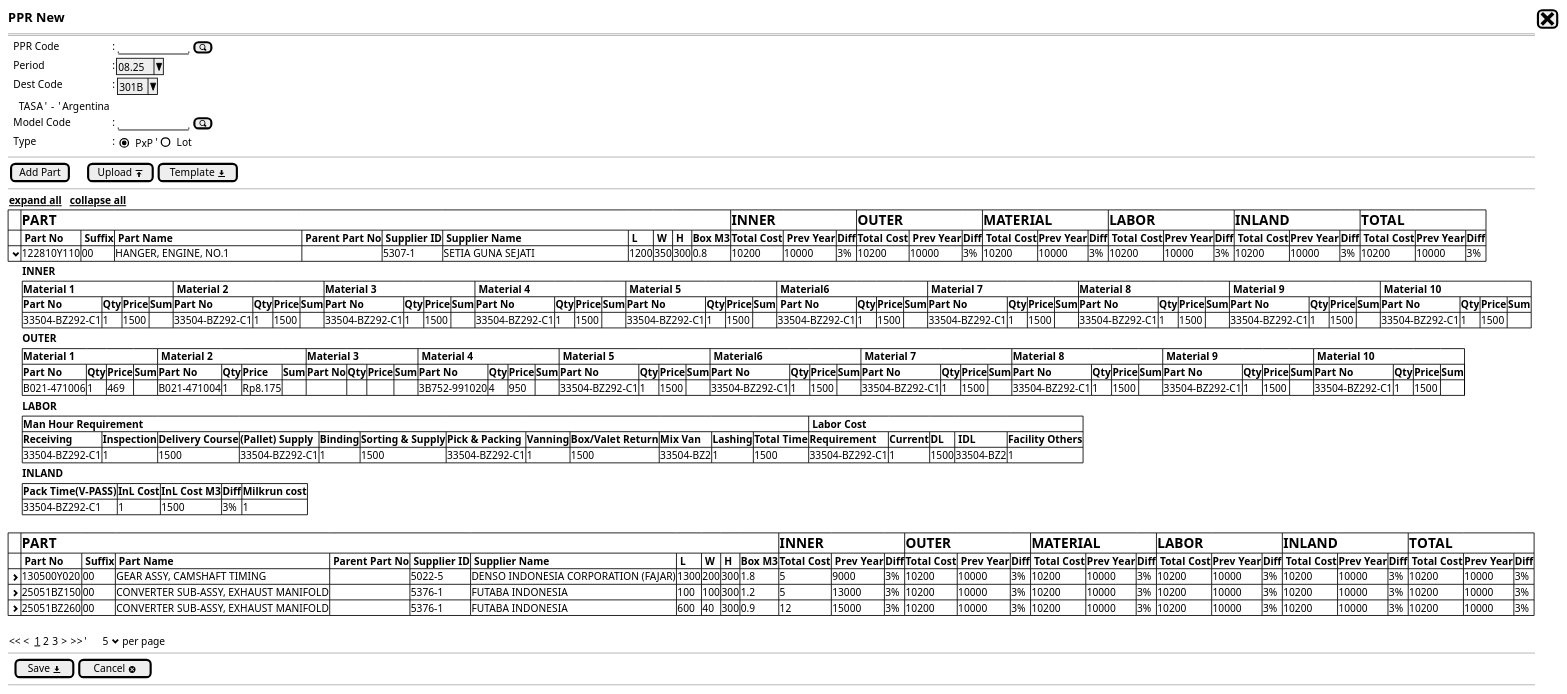
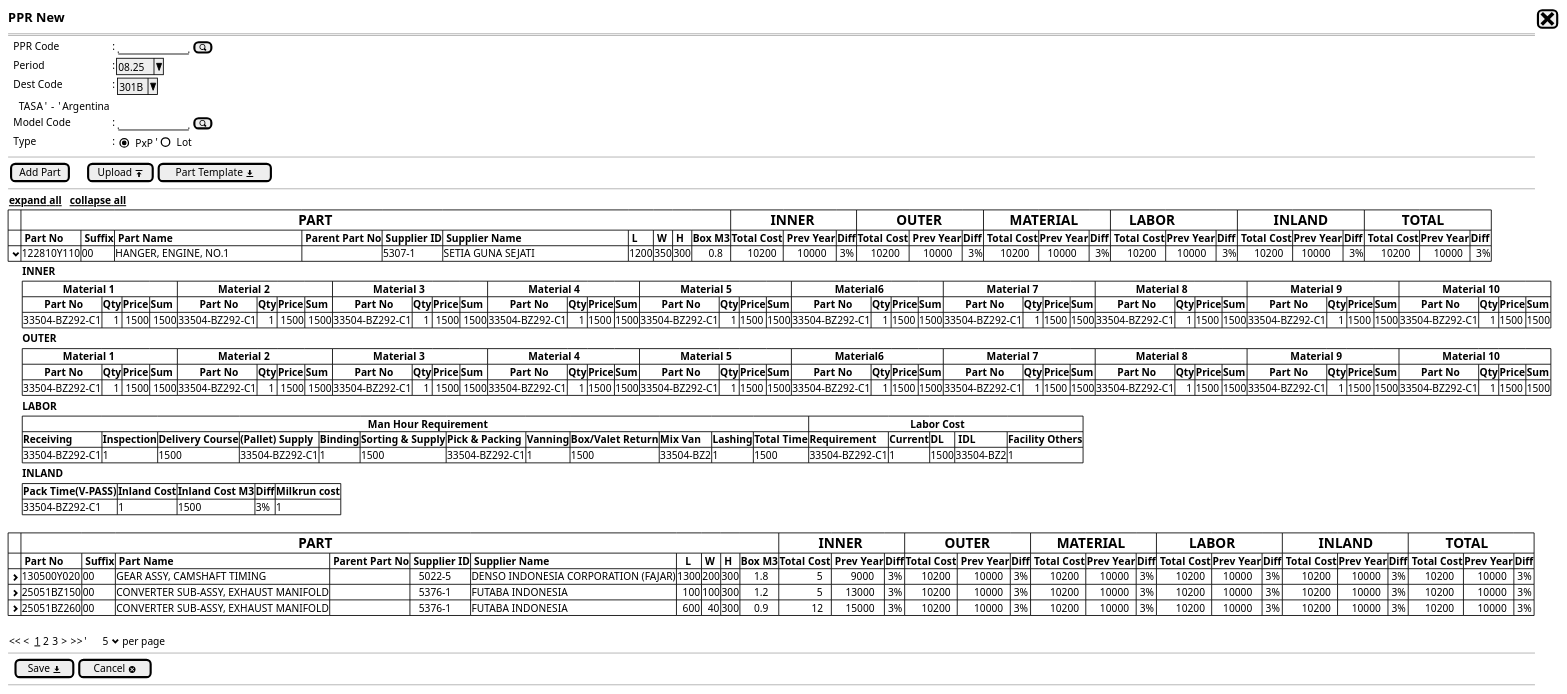
Before and after one commit to ari-fikri/packing-cost-mockup: the diagram in PPR/PPR - newstep1b.puml, drawn with PlantUML.

Commit message:
right aligning cell values for inner and outer section

```diff
--- a/PPR/PPR - newstep1b.puml
+++ b/PPR/PPR - newstep1b.puml
@@ -14,55 +14,55 @@
   }
   --
   {
-    |[Add Part] |.|.|.|[Upload <&data-transfer-upload>]| [Template <&data-transfer-download>]|* 
+    |[Add Part] |.|.|.|[Upload <&data-transfer-upload>]| [Part Template <&data-transfer-download>]|* 
   }
   --
   { <u><b>expand all   <u><b>collapse all }*
   {#
-  |. |=PART|*|*|*|*|*|*|*|*|*|=INNER |*|*|=OUTER | *|*|=MATERIAL|*|*|=LABOR|*|*|=INLAND|*|*|=TOTAL         |*|*|*
+  |. |=                                                                              PART|*|*|*|*|*|*|*|*|*                                                                                                                  |=           INNER |*|*             |=           OUTER | *|*            |=       MATERIAL|*|*                 |=     LABOR|*|*                      |=          INLAND|*|*                |=          TOTAL         |*|*|*
   |. |<b> Part No                      |<b> Suffix|<b> Part Name                                  | <b> Parent Part No |<b> Supplier ID |<b> Supplier Name                                    |<b> L |<b> W |<b> H |<b>Box M3|<b>Total Cost|<b> Prev Year|<b>Diff|<b>Total Cost|<b> Prev Year|<b>Diff|<b> Total Cost |<b>Prev Year |<b>Diff|<b> Total Cost |<b>Prev Year |<b>Diff|<b> Total Cost |<b>Prev Year |<b>Diff|<b> Total Cost |<b>Prev Year |<b>Diff|*
-  |<b> <&chevron-bottom> |122810Y110   | 00       |HANGER, ENGINE, NO.1                           |            .       |5307-1          | SETIA GUNA SEJATI                                   | 1200 | 350  | 300  | 0.8  | 10200       | 10000       | 3%| 10200       | 10000       | 3%| 10200       | 10000       | 3%| 10200       | 10000       | 3%| 10200       | 10000       | 3%| 10200       | 10000       | 3%|*
+  |<b> <&chevron-bottom> |122810Y110   | 00       |HANGER, ENGINE, NO.1                           |            .       |5307-1          | SETIA GUNA SEJATI                                   | 1200 | 350  | 300  |      0.8|      10200  |     10000   |  3%   |     10200   |     10000   |  3%   |      10200    |   10000       |  3% |      10200    |    10000    |  3%   |      10200    |   10000     |  3%   |      10200    |     10000    |  3%|*
   }* 
         {.|.|.|<b>INNER |}*  
         {
           .|.|.|{#
-            |<b>Material 1 |*|*|*                    |<b> Material 2 |*|*|*                      |<b>Material 3 |*|*|*                       |<b> Material 4 |*|*|*                     |<b> Material 5 |*|*|*                     |<b> Material6 |*|*|*                     |<b> Material 7 |*|*|*                     | <b>Material 8 |*|*|*                     |<b> Material 9 |*|*|*                     |<b> Material 10 |*|*|*|*
-            |<b>Part No     |<b>Qty|<b>Price  |<b>Sum|<b>Part No     |<b>Qty|<b>Price     |<b>Sum|<b>Part No     |<b>Qty|<b>Price    |<b>Sum |<b>Part No     |<b>Qty|<b>Price  |<b>Sum  |<b>Part No     |<b>Qty|<b>Price  |<b>Sum  |<b> <b>Part No|<b>Qty|<b>Price  |<b>Sum  |<b>Part No     |<b>Qty|<b>Price  |<b>Sum  |<b>Part No     |<b>Qty|<b>Price  |<b>Sum  |<b>Part No     |<b>Qty|<b>Price  |<b>Sum  |<b>Part No      |<b>Qty|<b>Price  |<b>Sum  |*
-            |33504-BZ292-C1 |1     | 1500     |.     |33504-BZ292-C1 |1     | 1500        |.     |33504-BZ292-C1 |1     | 1500       |.      |33504-BZ292-C1 |1     | 1500     |.       |33504-BZ292-C1 |1     | 1500     |.       |33504-BZ292-C1 |1     | 1500    |.       |33504-BZ292-C1 |1     | 1500     |.       |33504-BZ292-C1 |1      | 1500    |.       |33504-BZ292-C1 |1     | 1500     |.       |33504-BZ292-C1  |1     | 1500     |.       |*                        
+            |               <b>Material 1 |*|*|*            |               <b>Material 2 |*|*|*                    |               <b>Material 3 |*|*|*         |               <b>Material 4 |*|*|*                              |               <b>Material 5 |*|*|*                             |               <b> Material6 |*|*|*                                  |               <b> Material 7 |*|*|*                                 |               <b>Material 8 |*|*|*               |               <b> Material 9 |*|*|*              |               <b> Material 10 |*|*|*|*
+            |        <b>Part No|<b>Qty    |<b>Price  |<b>Sum|        <b>Part No           |<b>Qty|<b>Price   |<b>Sum|        <b>Part No|<b>Qty|<b>Price  |<b>Sum |        <b>Part No                   |<b>Qty|<b>Price   |<b>Sum  |        <b>Part No                    |<b>Qty|<b>Price |<b>Sum  |        <b>Part No                        |<b>Qty|<b>Price  |<b>Sum  |        <b>Part No                    |<b>Qty|<b>Price  |<b>Sum      |        <b>Part No     |<b>Qty|<b>Price  |<b>Sum  |        <b>Part No     |<b>Qty|<b>Price  |<b>Sum  |        <b>Part No             |<b>Qty|<b>Price  |<b>Sum  |*
+            |33504-BZ292-C1    ||    1    | 1500     | 1500 |33504-BZ292-C1               |    1 | 1500      | 1500 |33504-BZ292-C1    |    1 | 1500     | 1500  |33504-BZ292-C1                       |    1 | 1500      |1500    |33504-BZ292-C1                        |    1 | 1500    | 1500   |33504-BZ292-C1                            |    1 | 1500    |1500     |33504-BZ292-C1                        |    1 | 1500     | 1500       |33504-BZ292-C1 |    1 | 1500    | 1500            |33504-BZ292-C1         |    1 | 1500     | 1500   |33504-BZ292-C1                 |    1  | 1500    | 1500   |*                        
            
           }
         }*
-        {.|.|.|<b>OUTER |}*  
+        {.|.|.|<b>OUTER |}*
         {
           .|.|.|{#
-            |<b>Material 1 |*|*|*                 |<b> Material 2 |*|*|*                 |<b>Material 3 |*|*|*                |<b> Material 4 |*|*|*                  |<b> Material 5 |*|*|*                    |<b> Material6  |*|*|*                  |<b> Material 7 |*|*|*                   |<b>Material 8 |*|*|*                    |<b> Material 9 |*|*|*                  |<b> Material 10 |*|*|*|*|*
-            |<b>Part No  |<b>Qty|<b>Price |<b>Sum|<b>Part No  |<b>Qty|<b>Price   |<b>Sum|<b>Part No|<b>Qty|<b>Price   |<b>Sum|<b>Part No   |<b>Qty|<b>Price   |<b>Sum|<b>Part No     |<b>Qty|<b>Price   |<b>Sum|<b>Part No     |<b>Qty|<b>Price |<b>Sum|<b>Part No     |<b>Qty|<b>Price  |<b>Sum|<b>Part No     |<b>Qty|<b>Price  |<b>Sum|<b>Part No     |<b>Qty|<b>Price  |<b>Sum|<b>Part No     |<b>Qty|<b>Price  |<b>Sum|*
-            |B021-471006 |1     | 469     |  .   |B021-471004 |1     |  Rp8.175  |  .   |         .|     .|          .|  .   |3B752-991020 |4     | 950       |  .   |33504-BZ292-C1 |1     | 1500      |  .   |33504-BZ292-C1 |1     | 1500    |  .   |33504-BZ292-C1 |1     | 1500     |  .   |33504-BZ292-C1 |1     | 1500|.          |33504-BZ292-C1 |1     | 1500     |.     |33504-BZ292-C1 |1     | 1500|.|*
+            |               <b>Material 1 |*|*|*            |               <b>Material 2 |*|*|*                    |               <b>Material 3 |*|*|*         |               <b>Material 4 |*|*|*                              |               <b>Material 5 |*|*|*                             |               <b> Material6 |*|*|*                                  |               <b> Material 7 |*|*|*                                 |               <b>Material 8 |*|*|*               |               <b> Material 9 |*|*|*              |               <b> Material 10 |*|*|*|*
+            |        <b>Part No|<b>Qty    |<b>Price  |<b>Sum|        <b>Part No           |<b>Qty|<b>Price   |<b>Sum|        <b>Part No|<b>Qty|<b>Price  |<b>Sum |        <b>Part No                   |<b>Qty|<b>Price   |<b>Sum  |        <b>Part No                    |<b>Qty|<b>Price |<b>Sum  |        <b>Part No                        |<b>Qty|<b>Price  |<b>Sum  |        <b>Part No                    |<b>Qty|<b>Price  |<b>Sum      |        <b>Part No     |<b>Qty|<b>Price  |<b>Sum  |        <b>Part No     |<b>Qty|<b>Price  |<b>Sum  |        <b>Part No             |<b>Qty|<b>Price  |<b>Sum  |*
+            |33504-BZ292-C1    ||    1    | 1500     | 1500 |33504-BZ292-C1               |    1 | 1500      | 1500 |33504-BZ292-C1    |    1 | 1500     | 1500  |33504-BZ292-C1                       |    1 | 1500      |1500    |33504-BZ292-C1                        |    1 | 1500    | 1500   |33504-BZ292-C1                            |    1 | 1500    |1500     |33504-BZ292-C1                        |    1 | 1500     | 1500       |33504-BZ292-C1 |    1 | 1500    | 1500            |33504-BZ292-C1         |    1 | 1500     | 1500   |33504-BZ292-C1                 |    1  | 1500    | 1500   |*                        
+           
           }
-        }
+        }*        
         {.|.|.|<b>LABOR |}*  
         {
           .|.|.|{#
-            |<b>Man Hour Requirement               |*|*|*|*|*|*|*|*|*|*|*|<b> Labor Cost                |*|*|*|*|*
-            |<b>Receiving     |<b>Inspection|<b>Delivery Course  |<b>(Pallet) Supply|<b>Binding|<b>Sorting & Supply        |<b>Pick & Packing|<b>Vanning|<b>Box/Valet Return        |<b>Mix Van|<b>Lashing|<b>Total Time  | <b>Requirement|<b>Current|<b>DL  |<b> <b>IDL|<b>Facility Others|*
-            |33504-BZ292-C1   |1            | 1500               |33504-BZ292-C1    |1         | 1500                      |33504-BZ292-C1   |1         | 1500                      |33504-BZ2|1          | 1500          |33504-BZ292-C1 |1         | 1500  |33504-BZ2 |1                 |*
+            |                                                                                                                                  <b>Man Hour Requirement |*|*|*|*|*|*|*|*|*|*|*                                                                                                                                                   |                                     <b> Labor Cost                |*|*|*|*|*
+            |<b>Receiving     |<b>Inspection|<b>Delivery Course  |<b>(Pallet) Supply|<b>Binding|<b>Sorting & Supply  |<b>Pick & Packing|<b>Vanning|<b>Box/Valet Return  |<b>Mix Van|<b>Lashing|<b>Total Time  | <b>Requirement|<b>Current|<b>DL  |<b> <b>IDL|<b>Facility Others|*
+            |33504-BZ292-C1   |1            | 1500               |33504-BZ292-C1    |1         | 1500                |33504-BZ292-C1   |1         | 1500                |33504-BZ2|1          | 1500          |33504-BZ292-C1 |1         | 1500  |33504-BZ2 |1                 |*
           }
         }
         {.|.|.|<b>INLAND |}*  
         {
           .|.|.|{#
-            '|<b>Material 1               |*|*|<b> Material 2                |*|*|<b>Material 3             |*|*|<b> Material 4                  |*|*| <b> Material 5              |*|*|<b> Material6               |*|*|<b> Material 7          |*|*| <b>Material 8          |*|*|<b> Material 9          |*|*|<b> Material 10 |*|*
-            |<b>Pack Time(V-PASS)|<b>InL Cost|<b>InL Cost M3  |<b>Diff        |<b>Milkrun cost|*
-            |33504-BZ292-C1      |1          | 1500           |3% |1              |*
+            |<b>Pack Time(V-PASS)|<b>Inland Cost|<b>Inland Cost M3  |<b>Diff        |<b>Milkrun cost|*
+            |33504-BZ292-C1      |1             | 1500              |3%             |1              |*
           }
         }*
   .
   {#
-    |. |=PART|*|*|*|*|*|*|*|*|*|=INNER |*|*|=OUTER | *|*|=MATERIAL|*|*|=LABOR|*|*|=INLAND|*|*|=TOTAL         |*|*|*
-    |. |<b> Part No |<b> Suffix |<b> Part Name                        | <b> Parent Part No |<b> Supplier ID |<b> Supplier Name                     |<b> L |<b> W |<b> H |<b>Box M3|<b>Total Cost|<b> Prev Year|<b>Diff|<b>Total Cost|<b> Prev Year|<b>Diff|<b> Total Cost |<b>Prev Year |<b>Diff|<b> Total Cost |<b>Prev Year |<b>Diff|<b> Total Cost |<b>Prev Year |<b>Diff|<b> Total Cost |<b>Prev Year |<b>Diff|*
-    |<b> <&chevron-right> |130500Y020   | 00       |GEAR ASSY, CAMSHAFT TIMING	         |            .       |5022-5          | DENSO INDONESIA CORPORATION (FAJAR)| 1300 | 200  | 300  | 1.8  | 5           | 9000        | 3%| 10200       | 10000       | 3%| 10200       | 10000       | 3%| 10200       | 10000       | 3%| 10200       | 10000       | 3%| 10200       | 10000       | 3%|*    
-    |<b> <&chevron-right> |25051BZ150   | 00       |CONVERTER SUB-ASSY, EXHAUST MANIFOLD |            .       |5376-1          | FUTABA INDONESIA                   | 100  | 100  | 300  | 1.2  | 5           | 13000       | 3%| 10200       | 10000       | 3%| 10200       | 10000       | 3%| 10200       | 10000       | 3%| 10200       | 10000       | 3%| 10200       | 10000       | 3%|*
-    |<b> <&chevron-right> |25051BZ260   | 00       |CONVERTER SUB-ASSY, EXHAUST MANIFOLD |            .       |5376-1          | FUTABA INDONESIA                   |  600 | 40   | 300  | 0.9  | 12          | 15000       | 3%| 10200       | 10000       | 3%| 10200       | 10000       | 3%| 10200       | 10000       | 3%| 10200       | 10000       | 3%| 10200       | 10000       | 3%|*
+    |. |=                                                                              PART|*|*|*|*|*|*|*|*|*                                                                                         |=           INNER |*|*             |=           OUTER | *|*            |=       MATERIAL|*|*                    |=         LABOR|*|*                   |=          INLAND|*|*                  |=          TOTAL         |*|*|*
+    |.                    |<b> Part No  |<b> Suffix |<b> Part Name                        | <b> Parent Part No |<b> Supplier ID |<b> Supplier Name                     |   <b>L|<b> W |<b> H |<b>Box M3|<b>Total Cost   |<b> Prev Year|<b>Diff|<b>Total Cost|<b> Prev Year|<b>Diff|<b> Total Cost |<b>Prev Year |<b>Diff|<b> Total Cost |<b>Prev Year |<b>Diff|<b> Total Cost |<b>Prev Year |<b>Diff|<b> Total Cost |<b>Prev Year |<b>Diff|*
+    |<b> <&chevron-right> |130500Y020   | 00        |GEAR ASSY, CAMSHAFT TIMING	          |            .       |   5022-5       | DENSO INDONESIA CORPORATION (FAJAR)  | 1300  | 200  | 300  |     1.8 |               5|        9000 |  3%    |       10200|       10000 |  3%   |        10200  |      10000 |  3%    |        10200  |     10000   |  3%   |        10200  |     10000       |  3%|       10200|     10000     |  3%    |*    
+    |<b> <&chevron-right> |25051BZ150   | 00        |CONVERTER SUB-ASSY, EXHAUST MANIFOLD |            .       |   5376-1       | FUTABA INDONESIA                     |   100 | 100  | 300  |     1.2 |               5|      13000  |  3%    |       10200|       10000 |  3%   |        10200  |      10000 |  3%    |        10200  |     10000   |  3%   |        10200  |     10000       |  3%|       10200|     10000     |  3%    |*
+    |<b> <&chevron-right> |25051BZ260   | 00        |CONVERTER SUB-ASSY, EXHAUST MANIFOLD |            .       |   5376-1       | FUTABA INDONESIA                     |    600|   40 | 300  |     0.9 |             12 |      15000  |  3%    |       10200|       10000 |  3%   |        10200  |      10000 |  3%    |        10200  |     10000   |  3%   |        10200  |     10000       |  3%|       10200|     10000     |  3%    |*
   }
   .
   {
```
